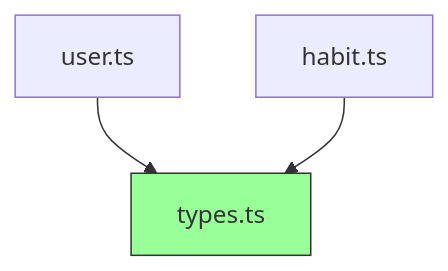
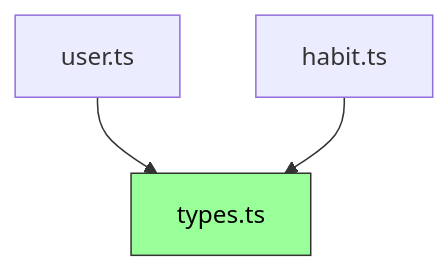
One commit to itbali/ts-frontend changed the third of 3 diagrams in src/types/modules-guide.md. Above: the diagram before and after it, drawn with Mermaid. The commit also changed other lines of this file, not shown here.

Commit message:
Fix styling colors in module interaction diagrams for better visibility

````diff
--- a/src/types/modules-guide.md
+++ b/src/types/modules-guide.md
@@ -177,6 +177,6 @@
 ```mermaid
 graph TD
     User[user.ts] --> Shared[types.ts]
     Habit[habit.ts] --> Shared
-    style Shared fill:#9f9,stroke:#333
+    style Shared fill:#9f9,stroke:#333, color:#000
 ```
````
